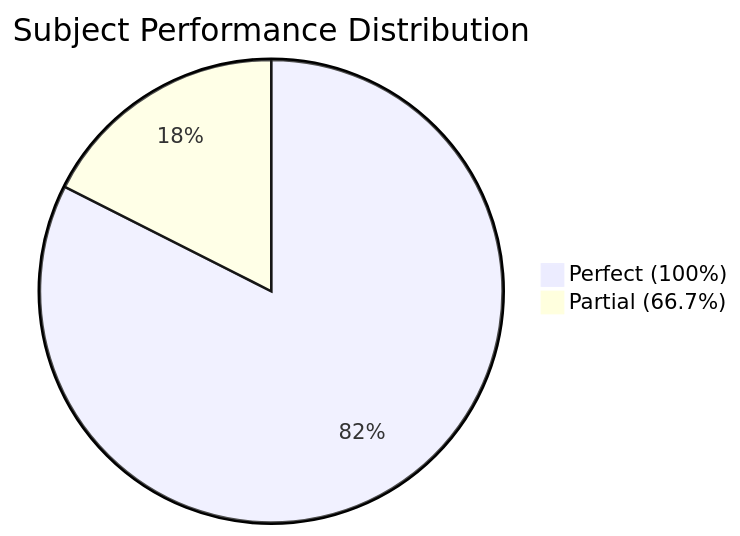
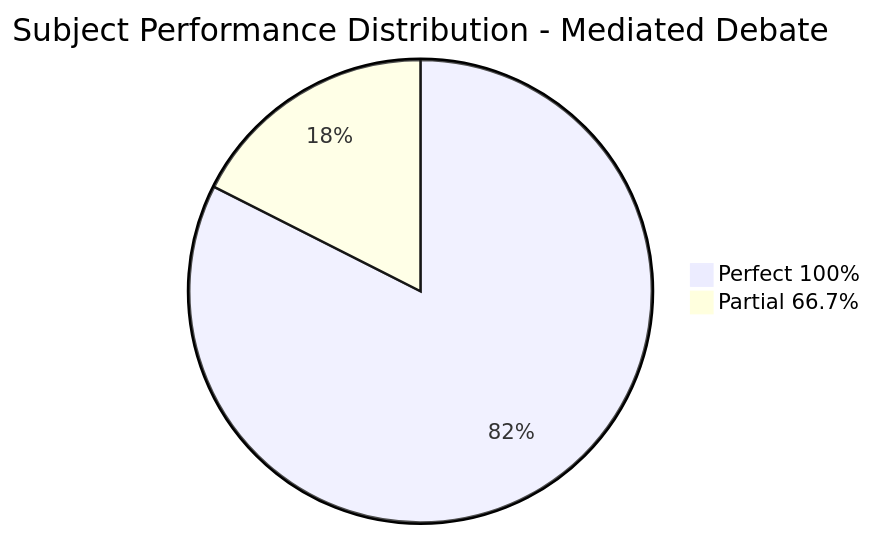
One commit to mikenk2010/COSC3009-Intelligent-Decision-Making-Advanced-IDM-Algorithm-Design changed diagram 17 of 22 in README.md. Above: the diagram before and after it, drawn with Mermaid. The commit also changed other lines of this file and 1 other file, not shown here.

````diff
--- a/README.md
+++ b/README.md
@@ -531,5 +661,5 @@
 ```mermaid
-pie title Subject Performance Distribution
-    "Perfect (100%)" : 47
-    "Partial (66.7%)" : 10
+pie title Subject Performance Distribution - Mediated Debate
+    "Perfect 100%" : 47
+    "Partial 66.7%" : 10
 ```
````
